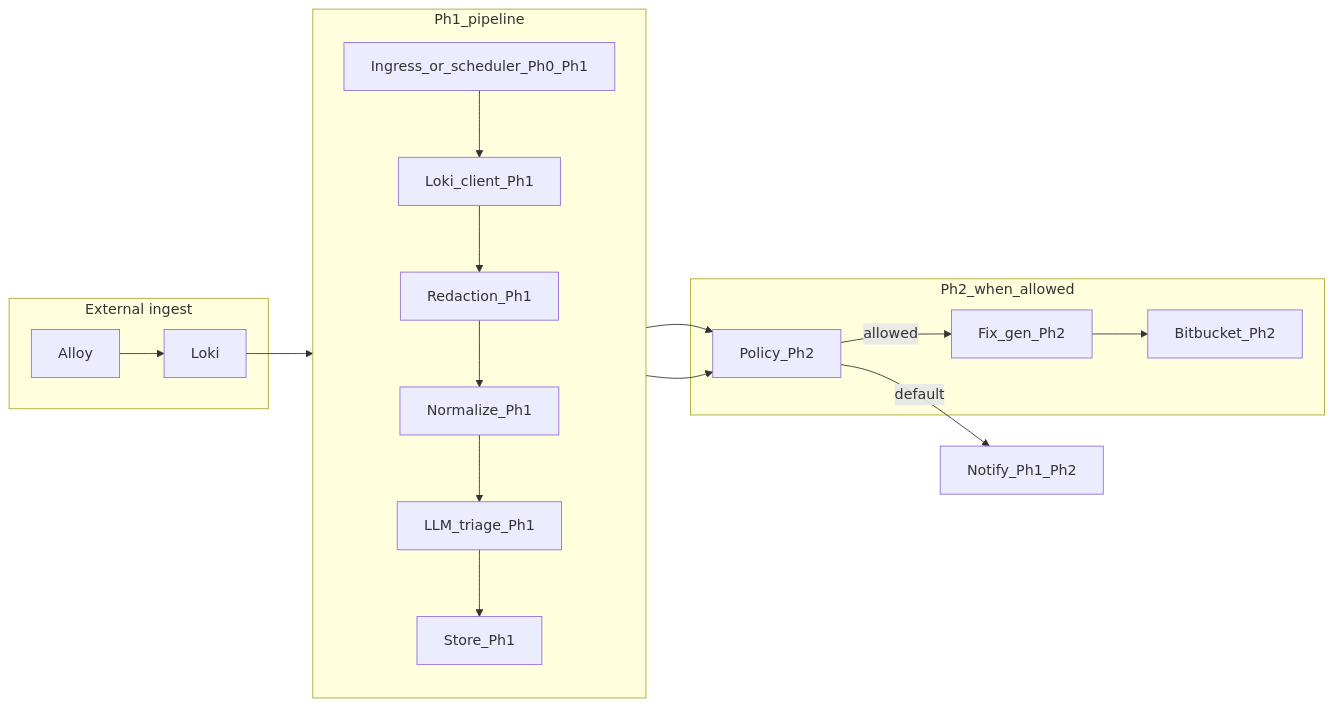
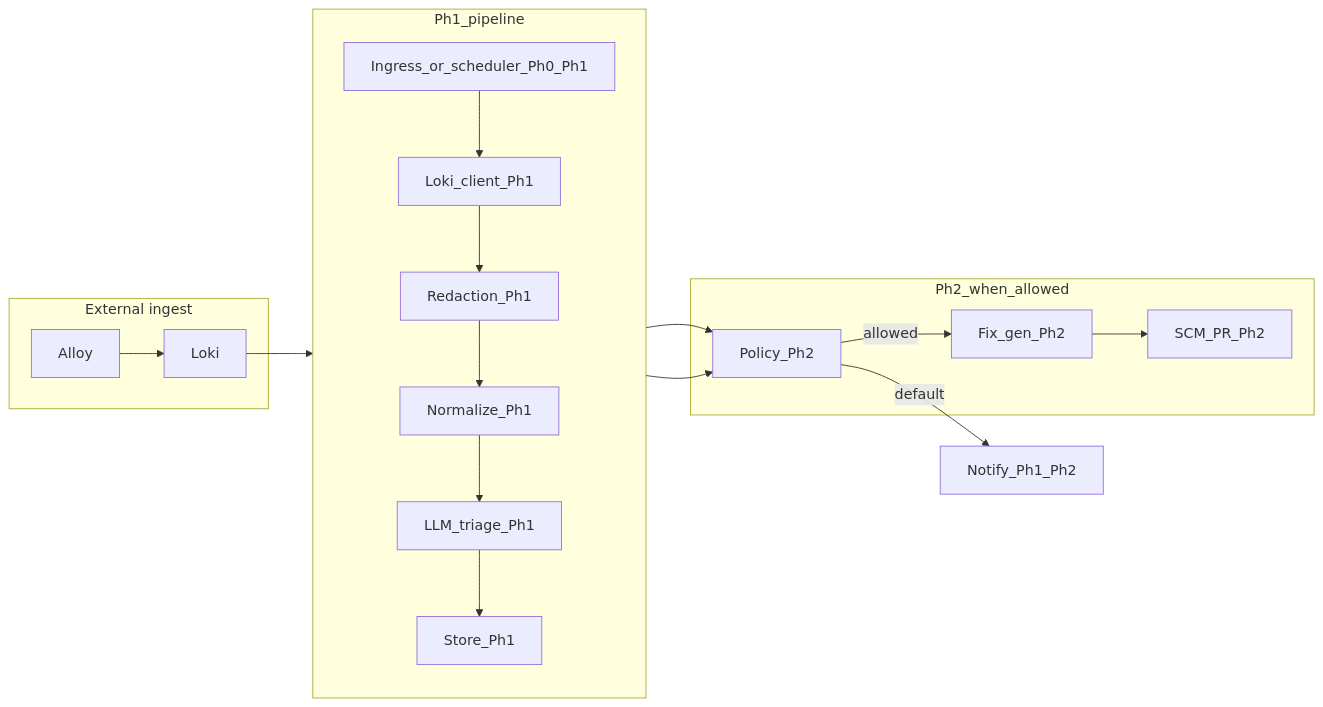
One commit to abhi29tyagi/ai-sre-agent changed the diagram in docs/diagrams/mermaid/05-figure4-internal-pipeline.mmd. Above: the diagram before and after it, drawn with Mermaid. The commit also changed 24 other files, not shown here.

```diff
--- a/docs/diagrams/mermaid/05-figure4-internal-pipeline.mmd
+++ b/docs/diagrams/mermaid/05-figure4-internal-pipeline.mmd
@@ -1,28 +1,28 @@
 flowchart LR
   subgraph ingest [External ingest]
     alloy2[Alloy]
     loki2[Loki]
   end
 
   subgraph p1path [Ph1_pipeline]
     direction TB
     s[Ingress_or_scheduler_Ph0_Ph1]
     lc[Loki_client_Ph1]
     rd[Redaction_Ph1]
     n[Normalize_Ph1]
     t[LLM_triage_Ph1]
     st[Store_Ph1]
   end
 
   subgraph p2path [Ph2_when_allowed]
     p[Policy_Ph2]
     f[Fix_gen_Ph2]
-    g[Bitbucket_Ph2]
+    g[SCM_PR_Ph2]
   end
 
   alloy2 --> loki2 --> lc
   s --> lc --> rd --> n --> t --> st
   t --> p
   st --> p
   p -->|allowed| f --> g
   p -->|default| nf[Notify_Ph1_Ph2]
```
